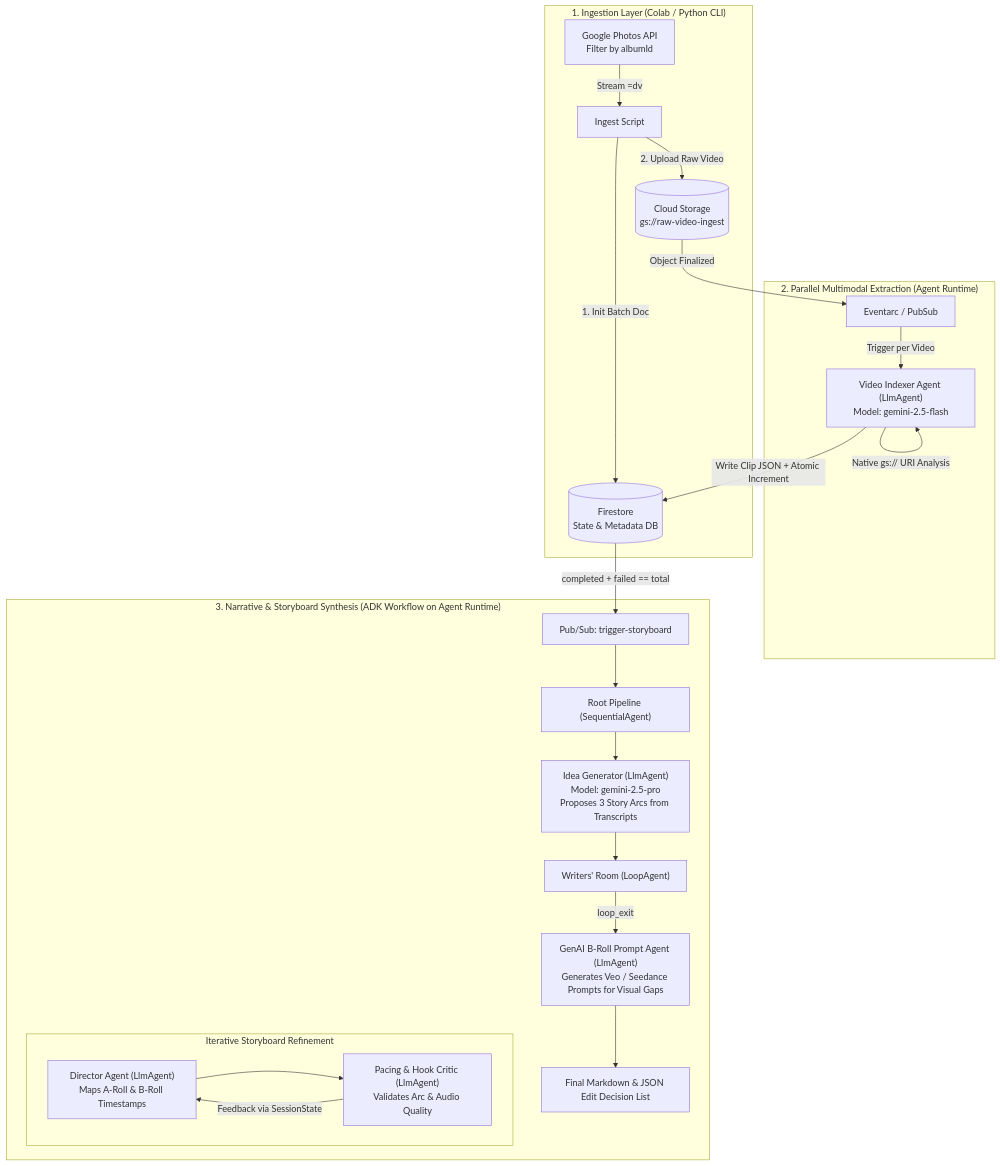
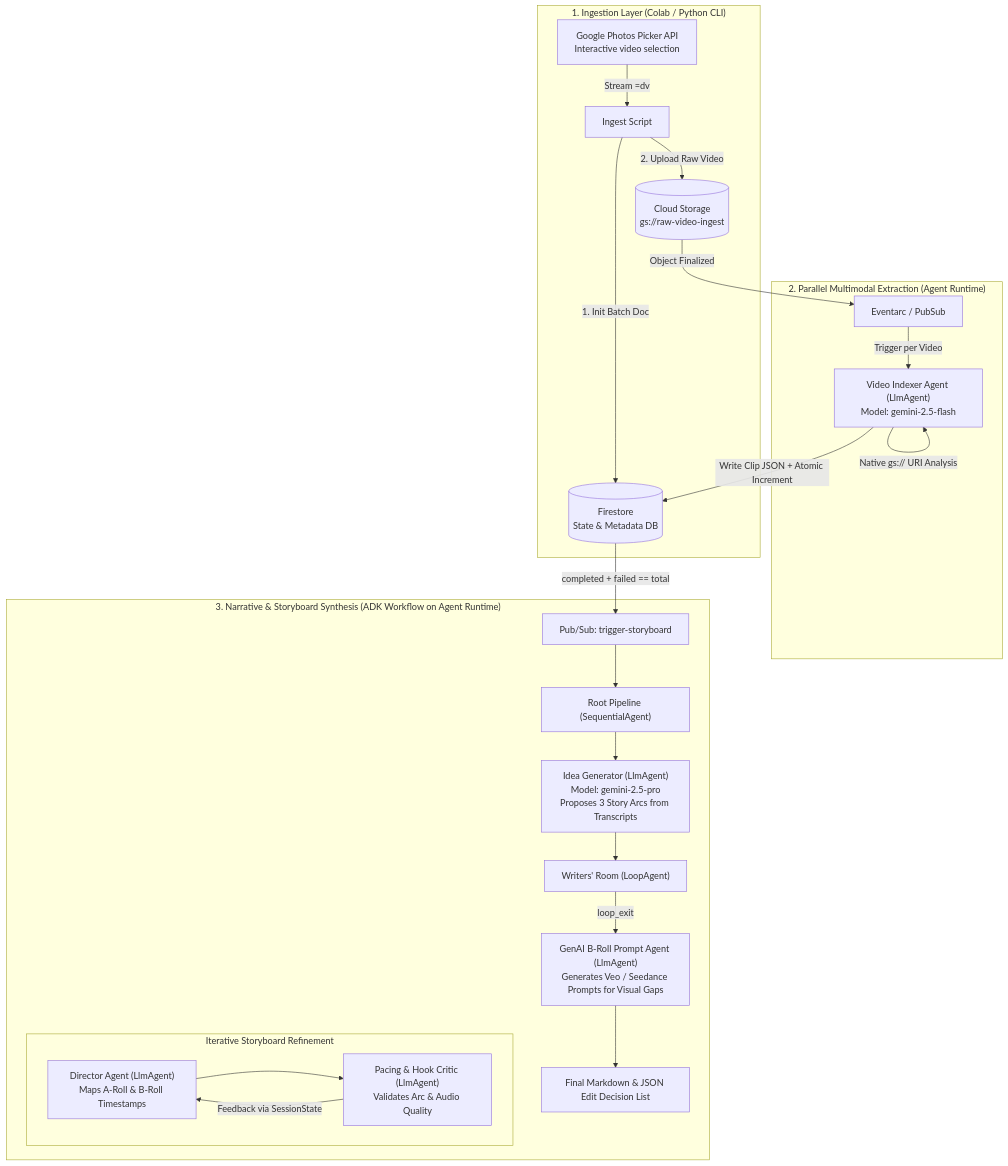
One commit to ct155105/ct-video-processing changed the diagram in README.md. Above: the diagram before and after it, drawn with Mermaid. The commit also changed other lines of this file and 1 other file, not shown here.

````diff
--- a/README.md
+++ b/README.md
@@ -18,33 +18,33 @@
 ```mermaid
 flowchart TD
     subgraph Ingestion ["1. Ingestion Layer (Colab / Python CLI)"]
-        GP[Google Photos API<br/>Filter by albumId] -->|Stream =dv| Script[Ingest Script]
+        GP[Google Photos Picker API<br/>Interactive video selection] -->|Stream =dv| Script[Ingest Script]
         Script -->|1. Init Batch Doc| FS[(Firestore<br/>State & Metadata DB)]
         Script -->|2. Upload Raw Video| GCS[(Cloud Storage<br/>gs://raw-video-ingest)]
     end
 
     subgraph Extraction ["2. Parallel Multimodal Extraction (Agent Runtime)"]
         GCS -->|Object Finalized| EA[Eventarc / PubSub]
         EA -->|Trigger per Video| Indexer["Video Indexer Agent (LlmAgent)<br/>Model: gemini-2.5-flash"]
         Indexer -->|Native gs:// URI Analysis| Indexer
         Indexer -->|Write Clip JSON + Atomic Increment| FS
     end
 
     subgraph Synthesis ["3. Narrative & Storyboard Synthesis (ADK Workflow on Agent Runtime)"]
         FS -->|completed + failed == total| Trigger[Pub/Sub: trigger-storyboard]
         Trigger --> Root["Root Pipeline (SequentialAgent)"]
         
         Root --> Ideator["Idea Generator (LlmAgent)<br/>Model: gemini-2.5-pro<br/>Proposes 3 Story Arcs from Transcripts"]
         
         Ideator --> WritersRoom["Writers' Room (LoopAgent)"]
         
         subgraph Loop ["Iterative Storyboard Refinement"]
             Director["Director Agent (LlmAgent)<br/>Maps A-Roll & B-Roll Timestamps"] --> Critic["Pacing & Hook Critic (LlmAgent)<br/>Validates Arc & Audio Quality"]
             Critic -->|Feedback via SessionState| Director
         end
         
         WritersRoom -->|loop_exit| GenAI["GenAI B-Roll Prompt Agent (LlmAgent)<br/>Generates Veo / Seedance Prompts for Visual Gaps"]
         GenAI --> Output[Final Markdown & JSON Edit Decision List]
     end
 
 ```
````
